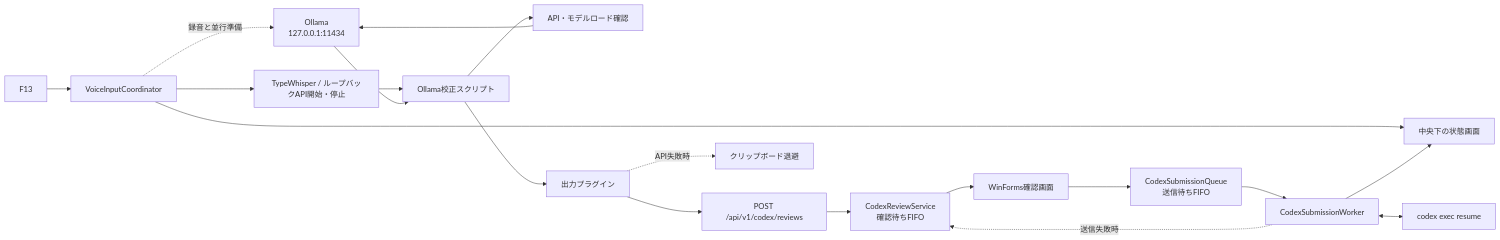
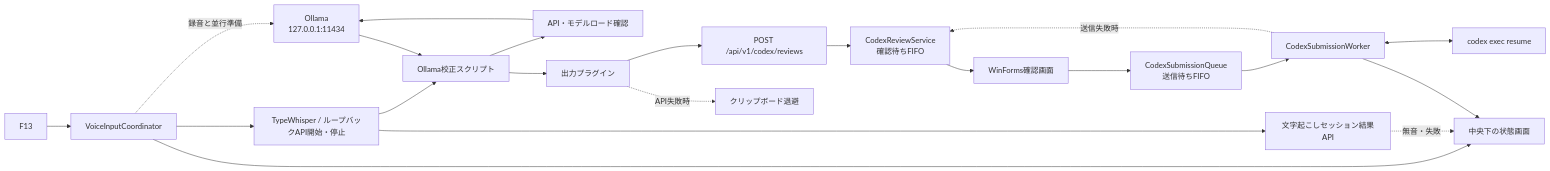
One commit to UNIUNI381/UniToDo changed the diagram in docs/TaskManager-Vault/07_音声入力.md. Above: the diagram before and after it, drawn with Mermaid. The commit also changed other lines of this file and 4 other files, not shown here.

````diff
--- a/docs/TaskManager-Vault/07_音声入力.md
+++ b/docs/TaskManager-Vault/07_音声入力.md
@@ -14,21 +14,23 @@
 ```mermaid
 flowchart LR
   F13[F13] --> Coordinator[VoiceInputCoordinator]
   Coordinator --> StatusUI[中央下の状態画面]
   Coordinator -. 録音と並行準備 .-> Ollama[Ollama<br/>127.0.0.1:11434]
   Coordinator --> TypeWhisper[TypeWhisper / ループバックAPI開始・停止]
+  TypeWhisper --> SessionResult[文字起こしセッション結果API]
+  SessionResult -. 無音・失敗 .-> StatusUI
   TypeWhisper --> Script[Ollama校正スクリプト]
   Script --> ReadyCheck[API・モデルロード確認]
   ReadyCheck --> Ollama
   Ollama --> Script
   Script --> Plugin[出力プラグイン]
   Plugin --> ReviewAPI[POST /api/v1/codex/reviews]
   Plugin -. API失敗時 .-> Clipboard[クリップボード退避]
   ReviewAPI --> ReviewQueue[CodexReviewService<br/>確認待ちFIFO]
   ReviewQueue --> ReviewUI[WinForms確認画面]
   ReviewUI --> SubmissionQueue[CodexSubmissionQueue<br/>送信待ちFIFO]
   SubmissionQueue --> Worker[CodexSubmissionWorker]
   Worker <--> CodexCLI[codex exec resume]
   Worker --> StatusUI
   Worker -. 送信失敗時 .-> ReviewQueue
 ```
````
